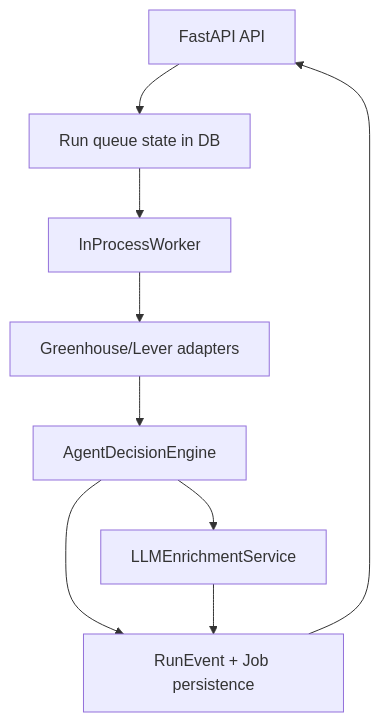
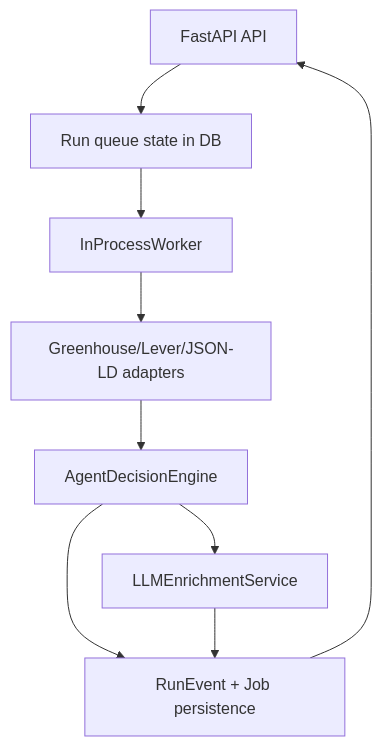
The diagram in ARCHITECTURE.md (Francis1998/agentic-career-search), drawn with Mermaid before and after one commit. The commit also changed other lines of this file and 3 other files, not shown here.

First line of the commit message:
docs: document JSON-LD source adapter and greenhouse markup fix

````diff
--- a/ARCHITECTURE.md
+++ b/ARCHITECTURE.md
@@ -3,11 +3,11 @@
 ```mermaid
 flowchart TD
     API[FastAPI API] --> QUEUE[Run queue state in DB]
     QUEUE --> WORKER[InProcessWorker]
-    WORKER --> ADAPTERS[Greenhouse/Lever adapters]
+    WORKER --> ADAPTERS[Greenhouse/Lever/JSON-LD adapters]
     ADAPTERS --> ENGINE[AgentDecisionEngine]
     ENGINE --> LLM[LLMEnrichmentService]
     ENGINE --> STORE[RunEvent + Job persistence]
     LLM --> STORE
     STORE --> API
 ```
````
